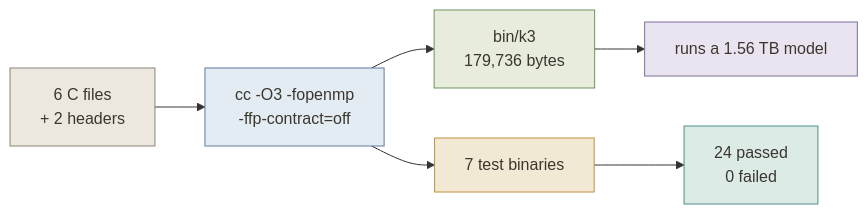
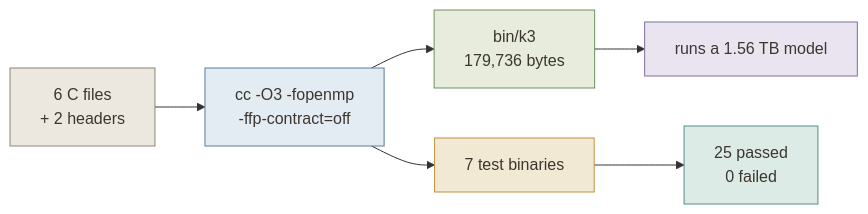
One commit to andrewd780/kimi-k3-for-me changed the diagram in docs/images/build-flow.mmd. Above: the diagram before and after it, drawn with Mermaid. The commit also changed 4 other files, not shown here.

```diff
--- a/docs/images/build-flow.mmd
+++ b/docs/images/build-flow.mmd
@@ -1,12 +1,12 @@
 flowchart LR
     SRC["6 C files<br/>+ 2 headers"] --> CC["cc -O3 -fopenmp<br/>-ffp-contract=off"]
     CC --> BIN["bin/k3<br/>179,736 bytes"]
     CC --> T["7 test binaries"]
-    T --> G["24 passed<br/>0 failed"]
+    T --> G["25 passed<br/>0 failed"]
     BIN --> RUN["runs a 1.56 TB model"]
     style SRC fill:#ECE8E0,stroke:#8C8477,color:#3B372F
     style CC fill:#E4ECF3,stroke:#5C7C9B,color:#3B372F
     style BIN fill:#E7ECDD,stroke:#6E9160,color:#3B372F
     style T fill:#F2E9D4,stroke:#C0913E,color:#3B372F
     style G fill:#DDEBE7,stroke:#4E8E86,color:#3B372F
     style RUN fill:#EAE4F1,stroke:#7E6E9C,color:#3B372F
```
